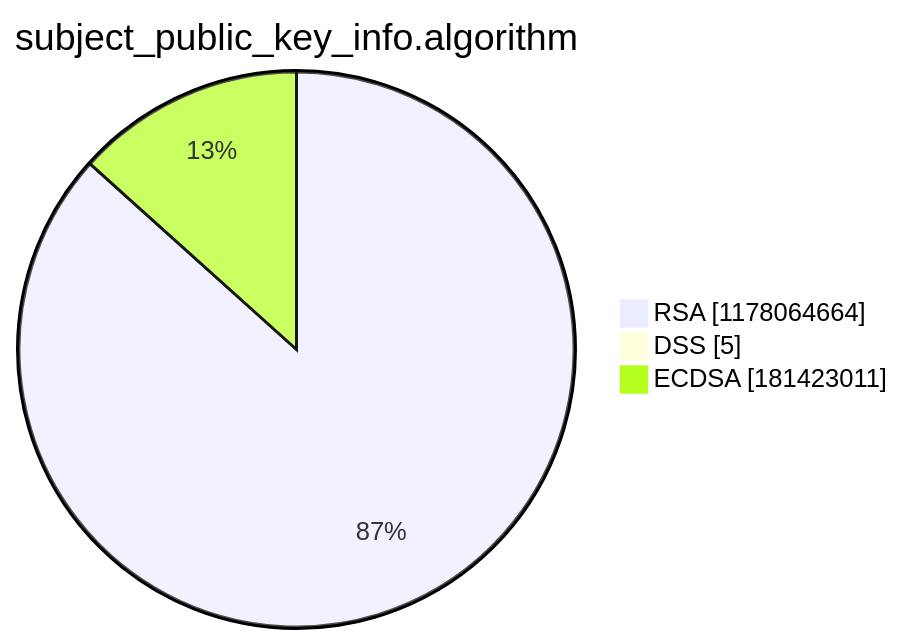
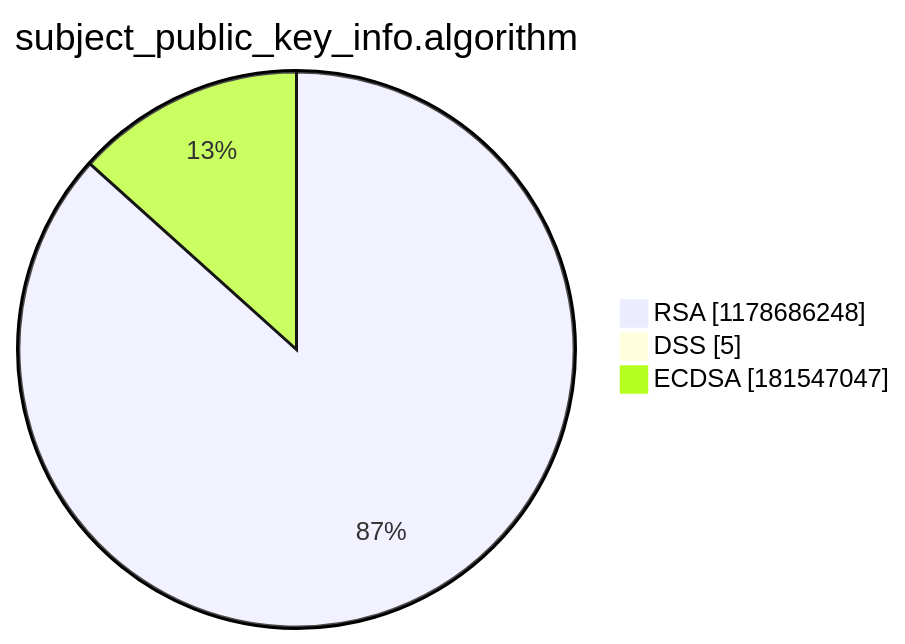
Before and after one commit to christiankrug/ctmonitor_visualization: the third of 15 diagrams in argon2022/README.md, drawn with Mermaid. The commit also changed other lines of this file, not shown here.

````diff
--- a/argon2022/README.md
+++ b/argon2022/README.md
@@ -14,7 +14,7 @@
 ```mermaid
 pie showData
 title subject_public_key_info.algorithm
-"RSA" :1178064664
+"RSA" :1178686248
 "DSS" :5
-"ECDSA" :181423011
+"ECDSA" :181547047
 ```
````
